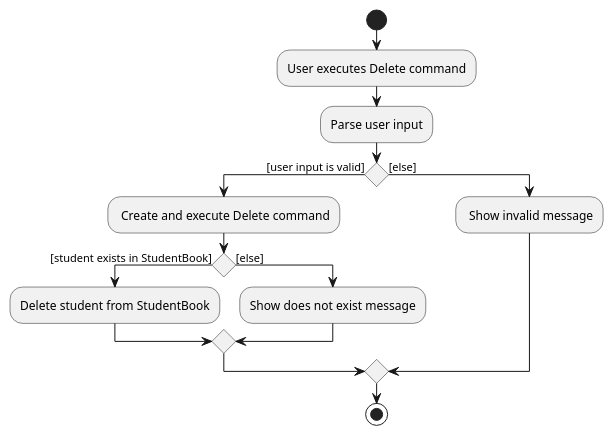
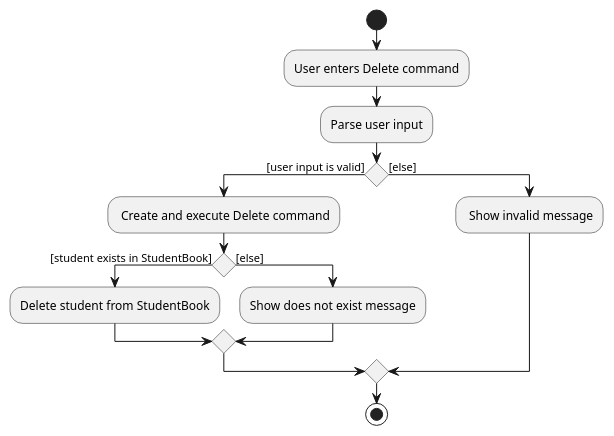
The diagram in docs/diagrams/DeleteStudentActivityDiagram.puml (nus-cs2103-AY2021S2/tp), drawn with PlantUML before and after one commit. The commit also changed 1 other file, not shown here.

```diff
--- a/docs/diagrams/DeleteStudentActivityDiagram.puml
+++ b/docs/diagrams/DeleteStudentActivityDiagram.puml
@@ -1,19 +1,19 @@
 @startuml
 start
-:User executes Delete command;
+:User enters Delete command;
 :Parse user input;
 'Since the beta syntax does not support placing the condition outside the
 'diamond we place it as the true branch instead.
 
 if () then ([user input is valid])
     : Create and execute Delete command;
     if () then ([student exists in StudentBook])
         :Delete student from StudentBook;
     else ([else])
         :Show does not exist message;
     endif
 else ([else])
     : Show invalid message;
 endif
 stop
 @enduml
```
